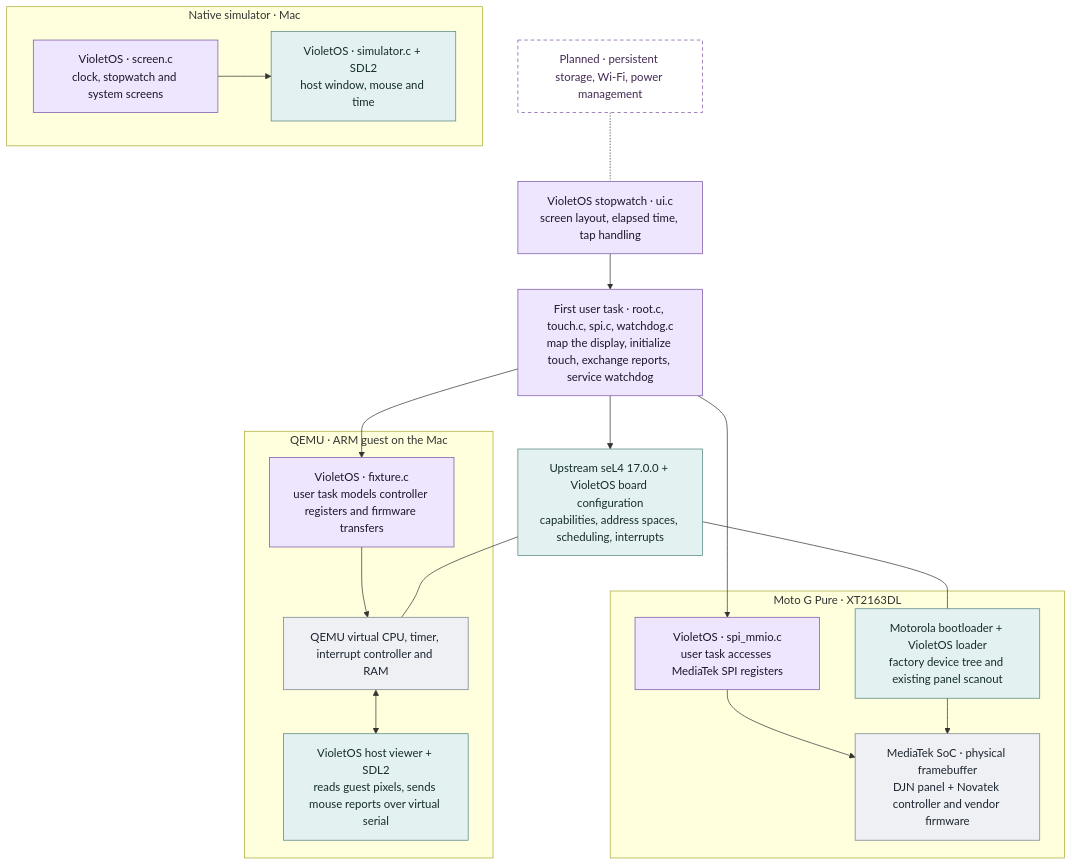
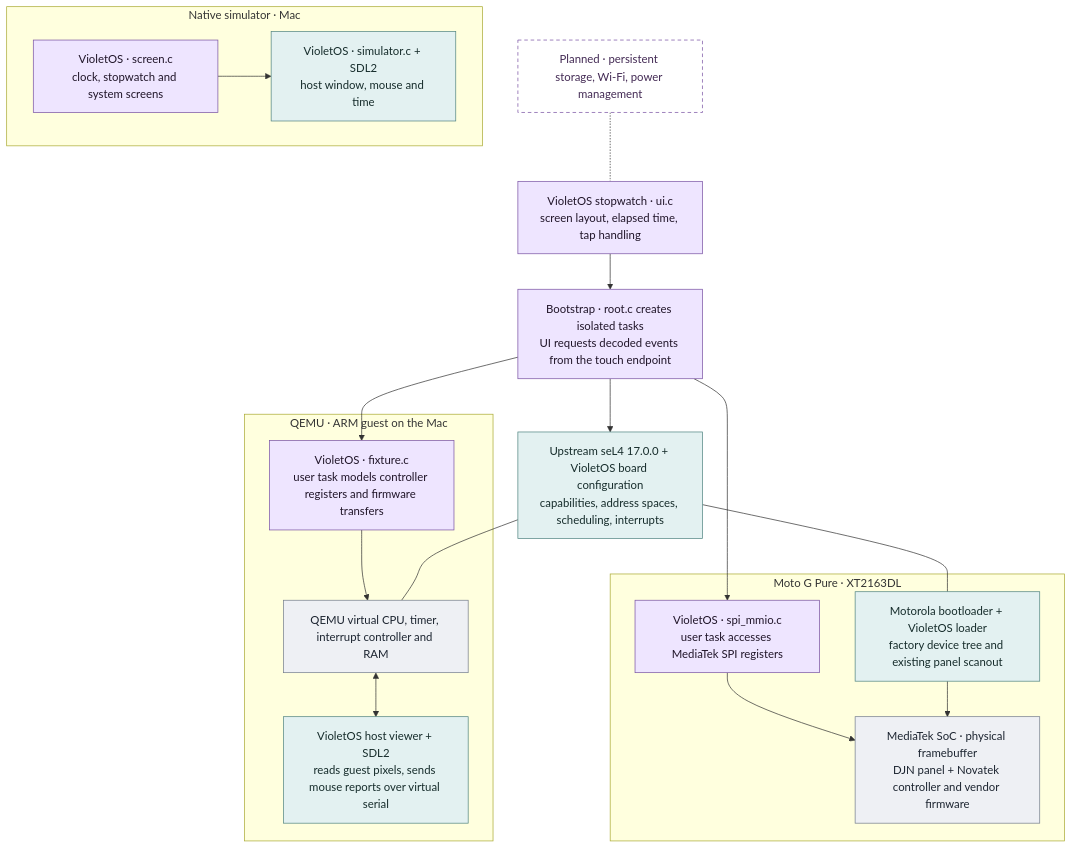
One commit to Immortal-Protocols/VioletOS changed the diagram in README.md. Above: the diagram before and after it, drawn with Mermaid. The commit also changed other lines of this file and 7 other files, not shown here.

Commit message:
Confine touch and display to separate seL4 tasks and capability tables

````diff
--- a/README.md
+++ b/README.md
@@ -26,37 +26,37 @@
 ```mermaid
 flowchart TB
     future["Planned · persistent storage, Wi-Fi, power management"]:::plan
     ui["VioletOS stopwatch · ui.c<br/>screen layout, elapsed time, tap handling"]:::ours
-    task["First user task · root.c, touch.c, spi.c, watchdog.c<br/>map the display, initialize touch, exchange reports, service watchdog"]:::ours
+    task["Bootstrap · root.c creates isolated tasks<br/>UI requests decoded events from the touch endpoint"]:::ours
     kernel["Upstream seL4 17.0.0 + VioletOS board configuration<br/>capabilities, address spaces, scheduling, interrupts"]:::mixed
     future -.- ui
     ui --> task --> kernel
 
     subgraph moto["Moto G Pure · XT2163DL"]
         mdrv["VioletOS · spi_mmio.c<br/>user task accesses MediaTek SPI registers"]:::ours
         mboot["Motorola bootloader + VioletOS loader<br/>factory device tree and existing panel scanout"]:::mixed
         mhw["MediaTek SoC · physical framebuffer<br/>DJN panel + Novatek controller and vendor firmware"]:::external
         mdrv --> mhw
         mboot --> mhw
     end
     subgraph emu["QEMU · ARM guest on the Mac"]
         edrv["VioletOS · fixture.c<br/>user task models controller registers and firmware transfers"]:::ours
         eq["QEMU virtual CPU, timer, interrupt controller and RAM"]:::external
         view["VioletOS host viewer + SDL2<br/>reads guest pixels, sends mouse reports over virtual serial"]:::mixed
         edrv --> eq
         eq <--> view
     end
     subgraph sim["Native simulator · Mac"]
         sui["VioletOS · screen.c<br/>clock, stopwatch and system screens"]:::ours
         shost["VioletOS · simulator.c + SDL2<br/>host window, mouse and time"]:::mixed
         sui --> shost
     end
     kernel --- mboot
     kernel --- eq
     task --> mdrv
     task --> edrv
     classDef ours fill:#eee5ff,stroke:#7952a3,color:#201529
     classDef mixed fill:#e3f1f1,stroke:#518481,color:#162c2b
     classDef external fill:#eef0f4,stroke:#747d8d,color:#1c2430
     classDef plan fill:#fff,stroke:#7952a3,stroke-dasharray:5 4,color:#432a54
 ```
````
